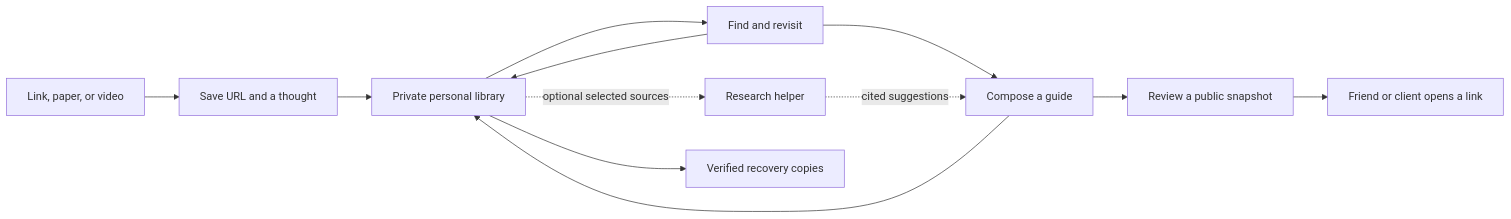
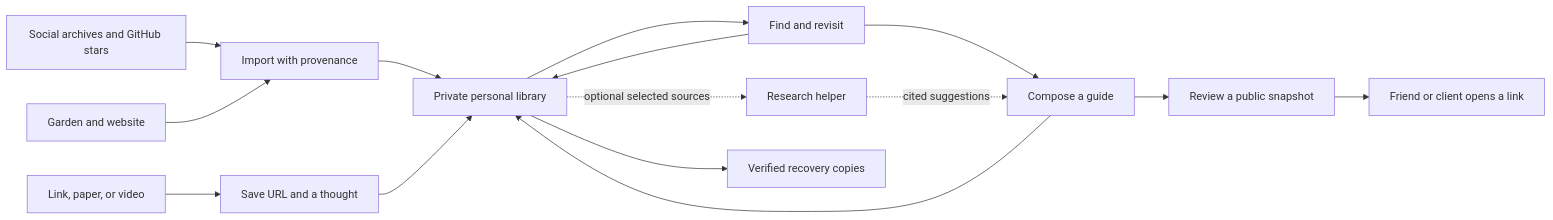
The first of 4 diagrams in docs/explorations/0466_[_]_PERSONAL_LIBRARY_FOR_LEARNING_AND_SHARING.md (crs48/xNet), drawn with Mermaid before and after one commit. The commit also changed other lines of this file, not shown here.

First line of the commit message:
docs(exploration): seed the library from social exports and stars

````diff
--- a/docs/explorations/0466_[_]_PERSONAL_LIBRARY_FOR_LEARNING_AND_SHARING.md
+++ b/docs/explorations/0466_[_]_PERSONAL_LIBRARY_FOR_LEARNING_AND_SHARING.md
@@ -39,14 +40,17 @@
 ```mermaid
 flowchart LR
+    Archives[Social archives and GitHub stars] --> Import[Import with provenance]
+    Garden[Garden and website] --> Import
+    Import --> Library
     Source[Link, paper, or video] --> Capture[Save URL and a thought]
     Capture --> Library[Private personal library]
     Library --> Find[Find and revisit]
     Find --> Draft[Compose a guide]
     Draft --> Preview[Review a public snapshot]
     Preview --> Reader[Friend or client opens a link]
     Find --> Library
     Draft --> Library
     Library -. optional selected sources .-> Helper[Research helper]
     Helper -. cited suggestions .-> Draft
     Library --> Recovery[Verified recovery copies]
 ```
````
